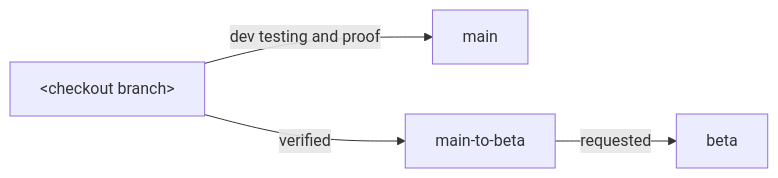
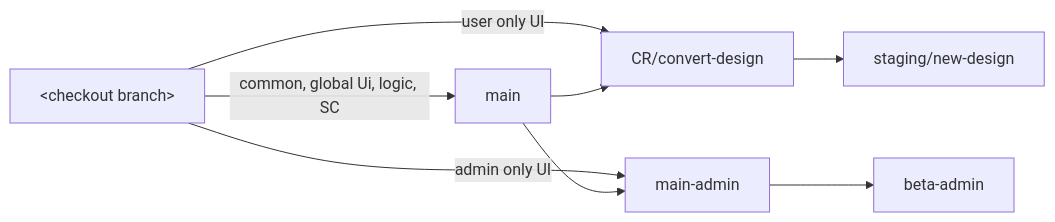
The diagram in README.md (faiyahcom/multichain-burn-dapp), drawn with Mermaid before and after one commit. The commit also changed other lines of this file, not shown here.

````diff
--- a/README.md
+++ b/README.md
@@ -21,6 +18,10 @@
 ```mermaid
 graph LR;
-  checkout["&lt;checkout branch&gt;"] -->|dev testing and proof| main;
-  checkout["&lt;checkout branch&gt;"] -->|verified| main-to-beta;
-  main-to-beta -->|requested| beta;
+  checkout["&lt;checkout branch&gt;"] -->|common, global Ui, logic, SC| main;
+  checkout["&lt;checkout branch&gt;"] -->|user only UI| CR/convert-design;
+  checkout["&lt;checkout branch&gt;"] -->|admin only UI| main-admin;
+  main --> CR/convert-design;
+  main --> main-admin;
+  CR/convert-design --> staging/new-design;
+  main-admin --> beta-admin;
 ```
````
